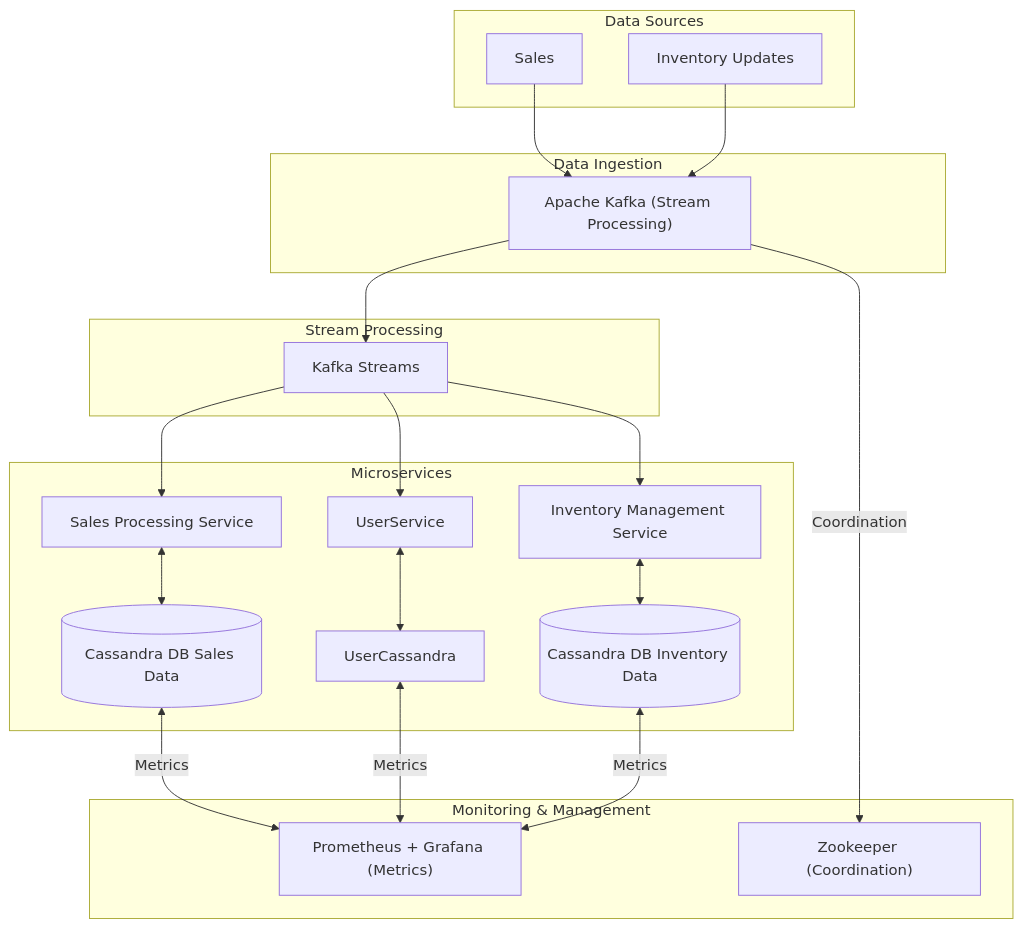
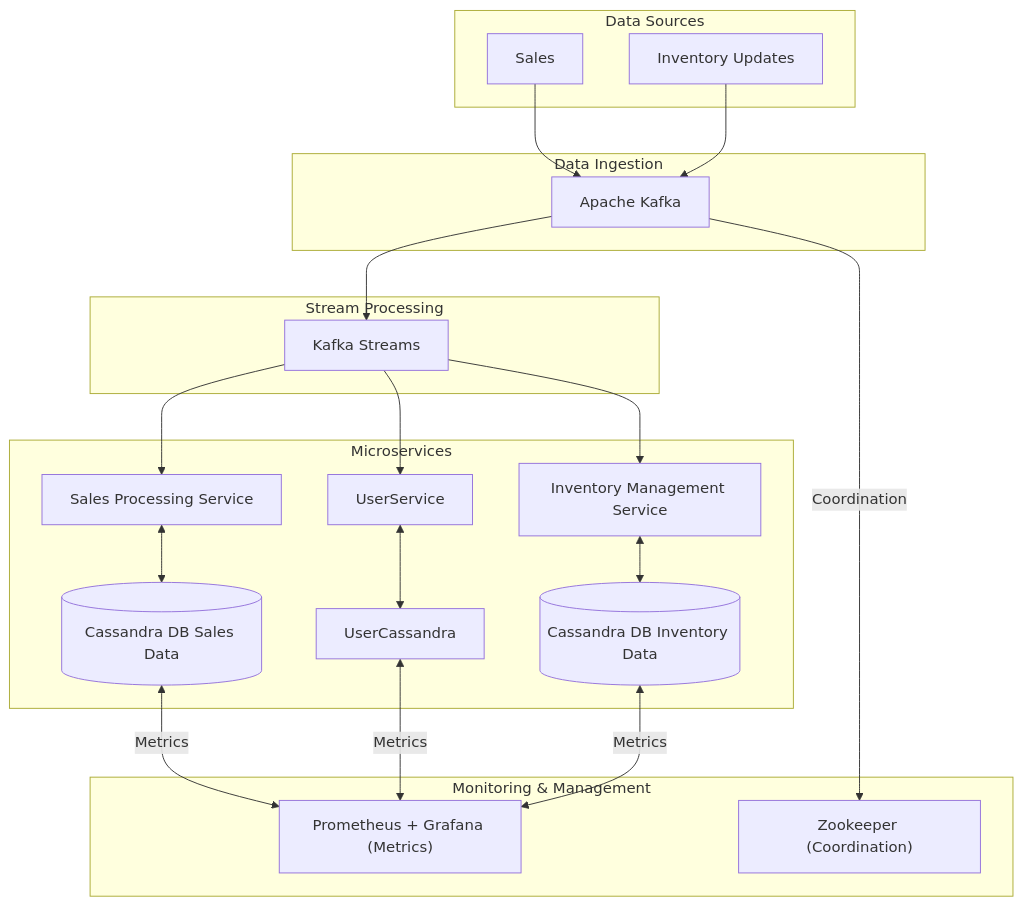
Before and after one commit to MartaSamoilenko/e-commerce-platform: the diagram in README.md, drawn with Mermaid.

````diff
--- a/README.md
+++ b/README.md
@@ -1,49 +1,49 @@
 ```mermaid
 flowchart TB
     subgraph "Data Sources"
         Transactions["Sales"]
         InventoryUpdates["Inventory Updates"]
     end
 
     subgraph "Data Ingestion"
-        Kafka["Apache Kafka (Stream Processing)"]
+        Kafka["Apache Kafka"]
 
         Transactions --> Kafka
         InventoryUpdates --> Kafka
         
     end
 
     subgraph "Stream Processing"
         KafkaStreams["Kafka Streams"]
        
         Kafka --> KafkaStreams
     end
 
     subgraph "Microservices"
         SalesService["Sales Processing Service"]
         InventoryService["Inventory Management Service"]
         
         SalesCassandra[(Cassandra DB Sales Data)]
         InventoryCassandra[(Cassandra DB Inventory Data)]
         
         UserService <--> UserCassandra
         SalesService <--> SalesCassandra
         InventoryService <--> InventoryCassandra
         
         KafkaStreams --> UserService
         KafkaStreams --> SalesService
         KafkaStreams --> InventoryService
       
     end
     
     subgraph "Monitoring & Management"
         Prometheus["Prometheus + Grafana (Metrics)"]
         Zookeeper["Zookeeper (Coordination)"]
         
         Kafka -- "Coordination" --> Zookeeper
         
         SalesCassandra <-- "Metrics" --> Prometheus
         UserCassandra <-- "Metrics" --> Prometheus
         InventoryCassandra <-- "Metrics" --> Prometheus
     end
 ```
````
